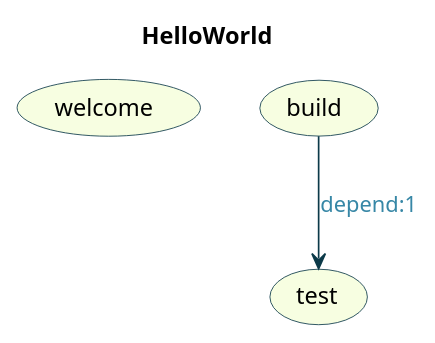
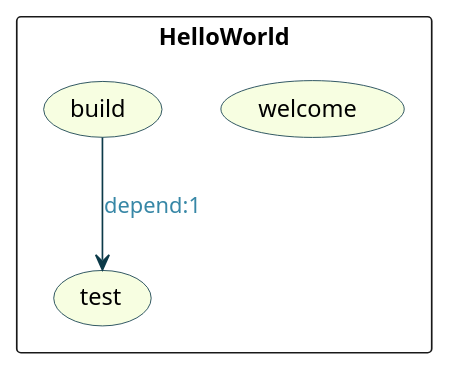
Before and after one commit to jawira/phing-visualizer: the diagram in resources/puml/gist-kbariotis.puml, drawn with PlantUML. The commit also changed 6 other files, not shown here.

```diff
--- a/resources/puml/gist-kbariotis.puml
+++ b/resources/puml/gist-kbariotis.puml
@@ -1,18 +1,19 @@
 @startuml
 
-title HelloWorld
 skinparam Arrow {
-    Color #0C3A49
-    FontColor #3787A6
+Color #0C3A49
+FontColor #3787A6
 }
 skinparam Usecase {
-    BackgroundColor #F7FEE1
-    BorderColor #0C3A49
+BackgroundColor #F7FEE1
+BorderColor #0C3A49
 }
 
+rectangle "HelloWorld" {
 (welcome)
 (test)
 (build)
+}
 
 (build) --> (test) : depend:1
 @enduml
```
